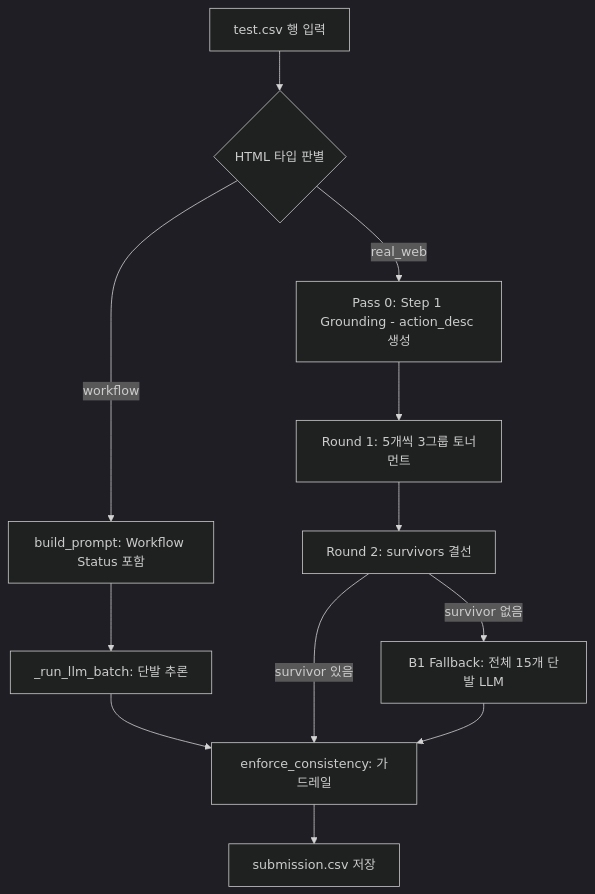
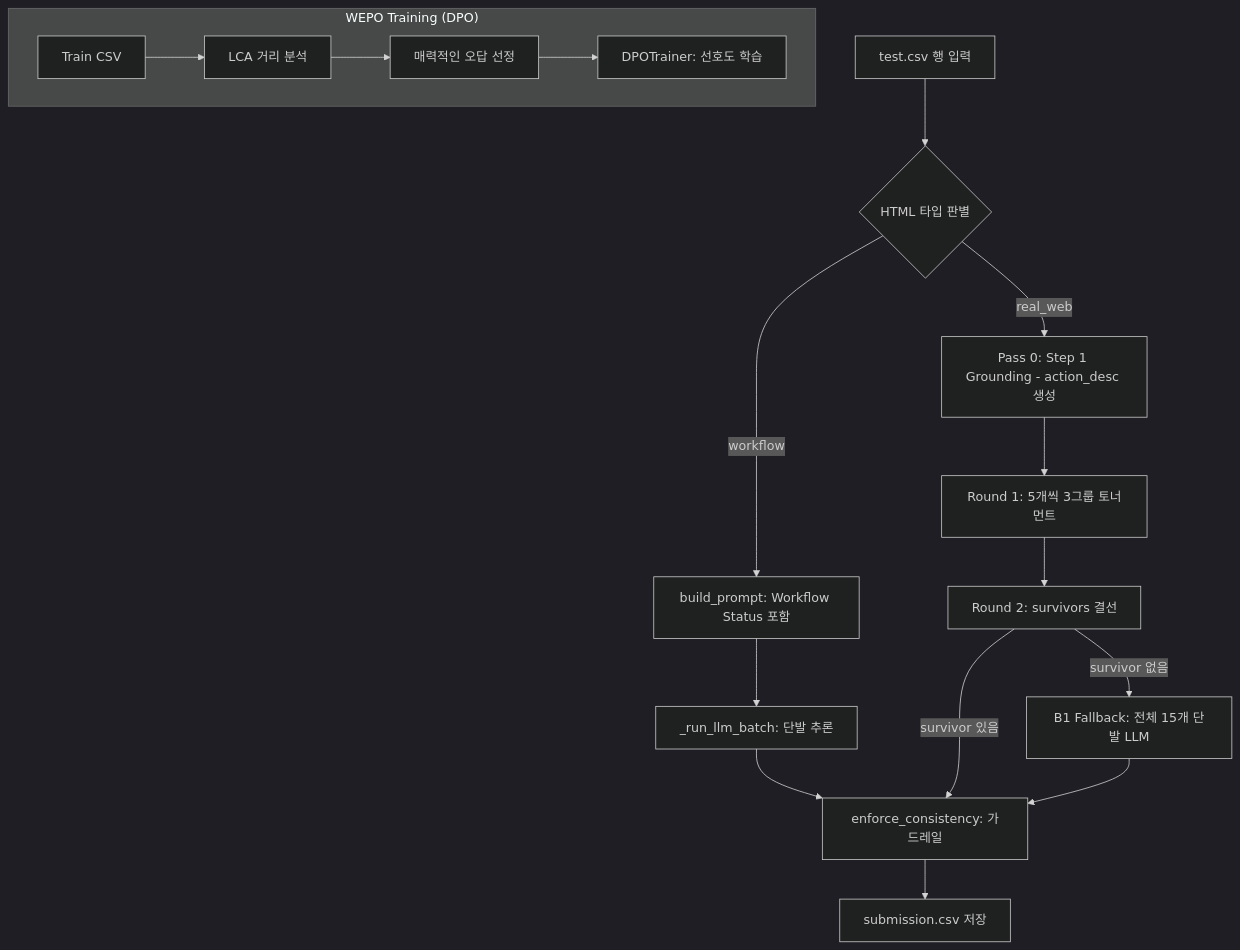
Before and after one commit to gyu6172/AIContest2026: the diagram in HyunJin/docs/pipeline/EXPLAIN.md, drawn with Mermaid (dark theme). The commit also changed other lines of this file and 20 other files, not shown here.

````diff
--- a/HyunJin/docs/pipeline/EXPLAIN.md
+++ b/HyunJin/docs/pipeline/EXPLAIN.md
@@ -31,18 +31,24 @@
 ```mermaid
 graph TD
     Start[test.csv 행 입력] --> DetectType{HTML 타입 판별}
     
     DetectType -- workflow --> WF_Prompt[build_prompt: Workflow Status 포함]
     WF_Prompt --> WF_LLM[_run_llm_batch: 단발 추론]
     
     DetectType -- real_web --> R1_P0[Pass 0: Step 1 Grounding - action_desc 생성]
     R1_P0 --> R1_R1[Round 1: 5개씩 3그룹 토너먼트]
     R1_R1 --> R1_R2[Round 2: survivors 결선]
     
     WF_LLM --> Guard[enforce_consistency: 가드레일]
     R1_R2 -- survivor 있음 --> Guard
     R1_R2 -- survivor 없음 --> Fallback[B1 Fallback: 전체 15개 단발 LLM]
     Fallback --> Guard
     
     Guard --> End[submission.csv 저장]
+    
+    subgraph "WEPO Training (DPO)"
+        TrainData[Train CSV] --> LCA[LCA 거리 분석]
+        LCA --> HardNeg[매력적인 오답 선정]
+        HardNeg --> DPOTrain[DPOTrainer: 선호도 학습]
+    end
 ```
````
